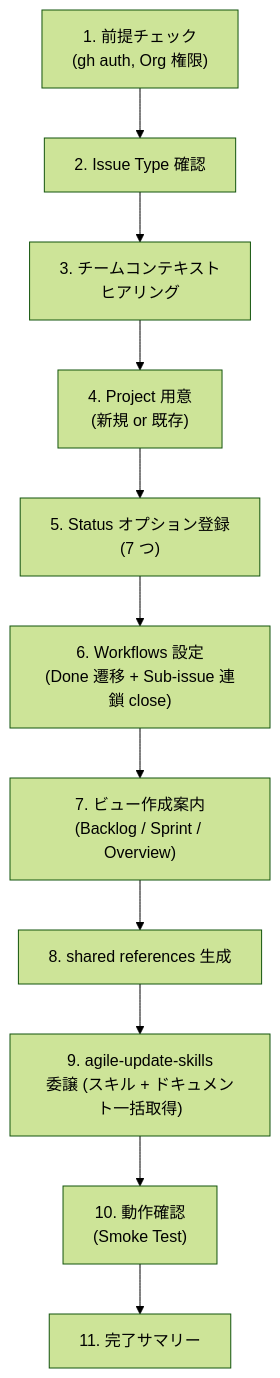
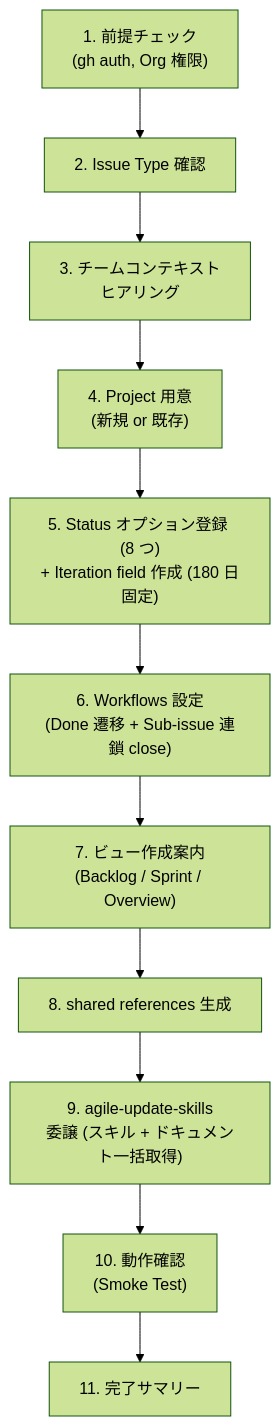
One commit to mrtry-lab/skills changed the diagram in skills/agile-setup-project/SKILL.md. Above: the diagram before and after it, drawn with Mermaid (forest theme). The commit also changed other lines of this file and 13 other files, not shown here.

First line of the commit message:
feat(sprint-review): add Iteration field + Awaiting sprint review status + agile-sprint-review skill

````diff
--- a/skills/agile-setup-project/SKILL.md
+++ b/skills/agile-setup-project/SKILL.md
@@ -34,16 +34,16 @@
 ```mermaid
 flowchart TB
   pre["1. 前提チェック\n(gh auth, Org 権限)"]
   it["2. Issue Type 確認"]
   ctx["3. チームコンテキスト\nヒアリング"]
   proj["4. Project 用意\n(新規 or 既存)"]
-  status["5. Status オプション登録\n(7 つ)"]
+  status["5. Status オプション登録 (8 つ)\n+ Iteration field 作成 (180 日固定)"]
   done["6. Workflows 設定\n(Done 遷移 + Sub-issue 連鎖 close)"]
   views["7. ビュー作成案内\n(Backlog / Sprint / Overview)"]
   refs["8. shared references 生成"]
   docs["9. agile-update-skills\n委譲 (スキル + ドキュメント一括取得)"]
   smoke["10. 動作確認\n(Smoke Test)"]
   summary["11. 完了サマリー"]
 
   pre --> it --> ctx --> proj --> status --> done --> views --> refs --> docs --> smoke --> summary
 ```
````
